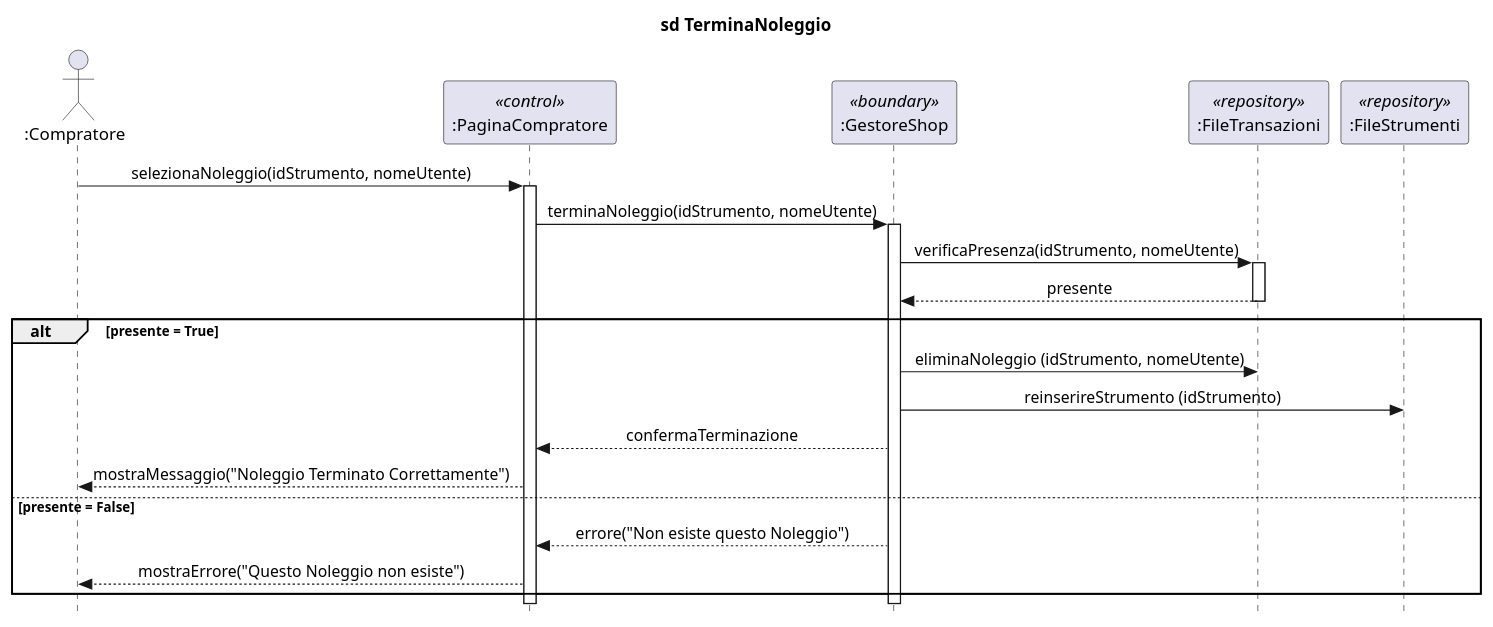
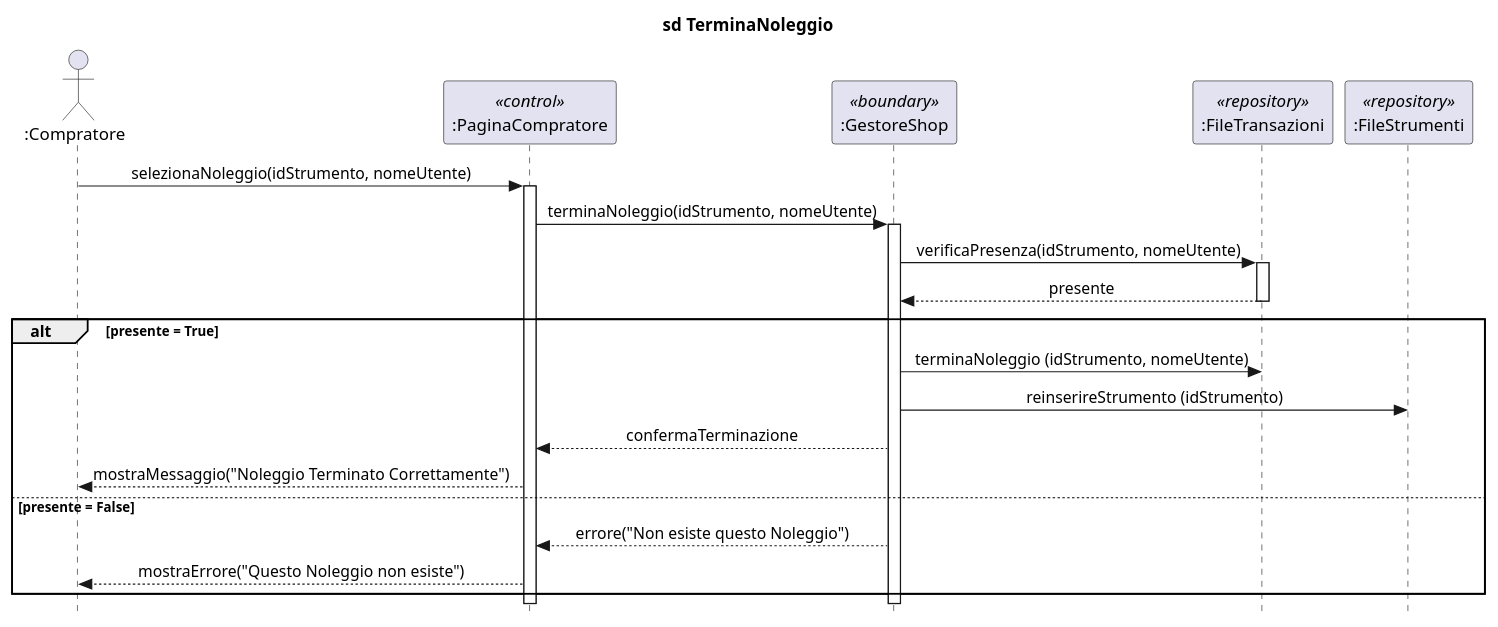
One commit to sprinja/Progetto_Shop_Strumenti_Musicali changed the diagram in uml/Diagrammi di sequenza/DiagrammadiSequenza_TerminaNoleggio.puml. Above: the diagram before and after it, drawn with PlantUML. The commit also changed 1 other file, not shown here.

```diff
--- a/uml/Diagrammi di sequenza/DiagrammadiSequenza_TerminaNoleggio.puml
+++ b/uml/Diagrammi di sequenza/DiagrammadiSequenza_TerminaNoleggio.puml
@@ -1,29 +1,29 @@
 @startuml
 skinparam style strictuml
 skinparam sequenceMessageAlign center
 title sd TerminaNoleggio
 actor ":Compratore" as C
 participant ":PaginaCompratore" as PC <<control>>
 participant ":GestoreShop" as GS <<boundary>>
 participant ":FileTransazioni" as FT <<repository>>
 participant ":FileStrumenti" as FS <<repository>>
 
 C -> PC : selezionaNoleggio(idStrumento, nomeUtente)
 activate PC
 PC -> GS : terminaNoleggio(idStrumento, nomeUtente)
 activate GS
 GS -> FT : verificaPresenza(idStrumento, nomeUtente)
 activate FT
 FT --> GS : presente
 deactivate FT
 alt presente = True
-    GS -> FT : eliminaNoleggio (idStrumento, nomeUtente)
+    GS -> FT : terminaNoleggio (idStrumento, nomeUtente)
     GS -> FS : reinserireStrumento (idStrumento)
     GS --> PC : confermaTerminazione
     PC --> C : mostraMessaggio("Noleggio Terminato Correttamente")
 else presente = False
     GS --> PC : errore("Non esiste questo Noleggio")
     PC --> C : mostraErrore("Questo Noleggio non esiste")
 end
 
 @enduml
```
